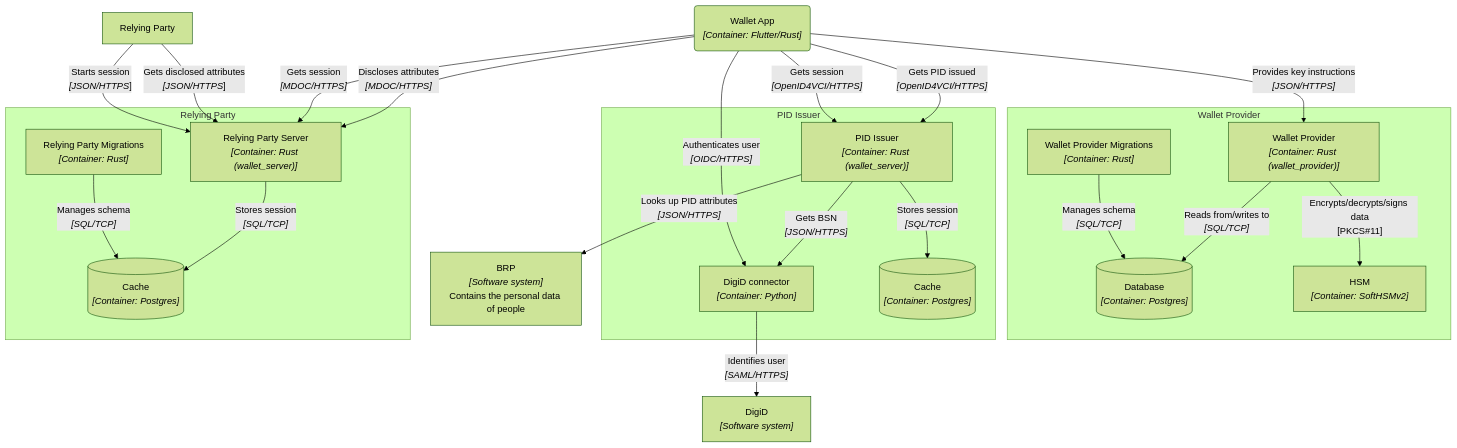
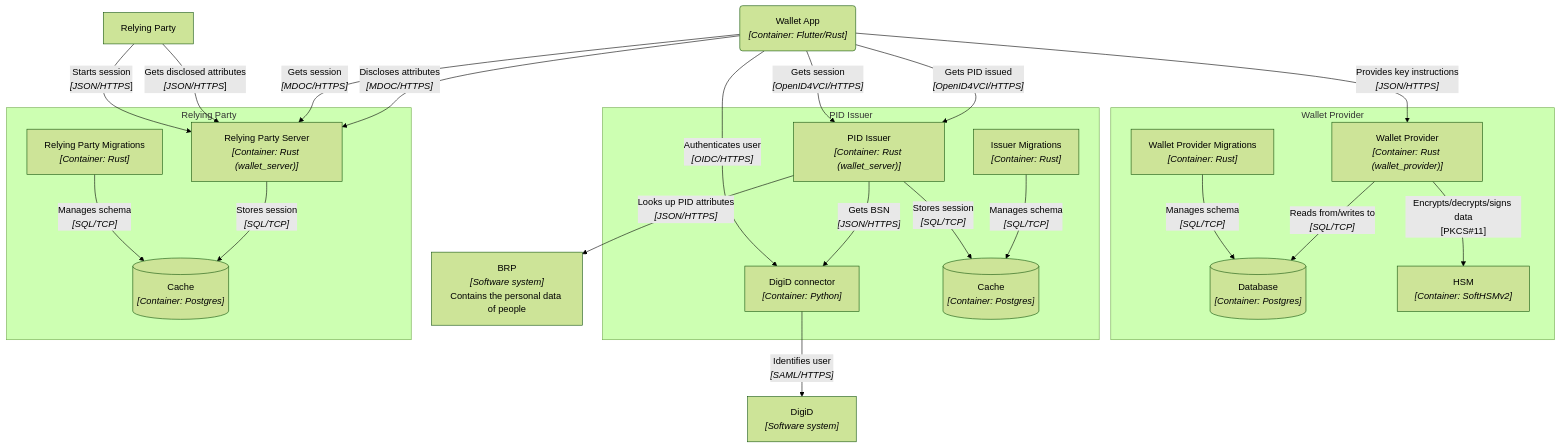
The diagram in documentation/components.md (MinBZK/nl-wallet), drawn with Mermaid (forest theme) before and after one commit.

Commit message:
Include issuer migrations

```diff
--- a/documentation/components.md
+++ b/documentation/components.md
@@ -72,11 +72,19 @@
             Cache
             _[Container: Postgres]_
         `")]
+        issuer_migrations["`
+            Issuer Migrations
+            _[Container: Rust]_
+        `"]
 
         pid_issuer -- "`
             Gets BSN
             _[JSON/HTTPS]_
         `" --> digid_connector
+        issuer_migrations -- "`
+            Manages schema
+            _[SQL/TCP]_
+        `" --> cache
         pid_issuer -- "`
             Stores session
             _[SQL/TCP]_
```
